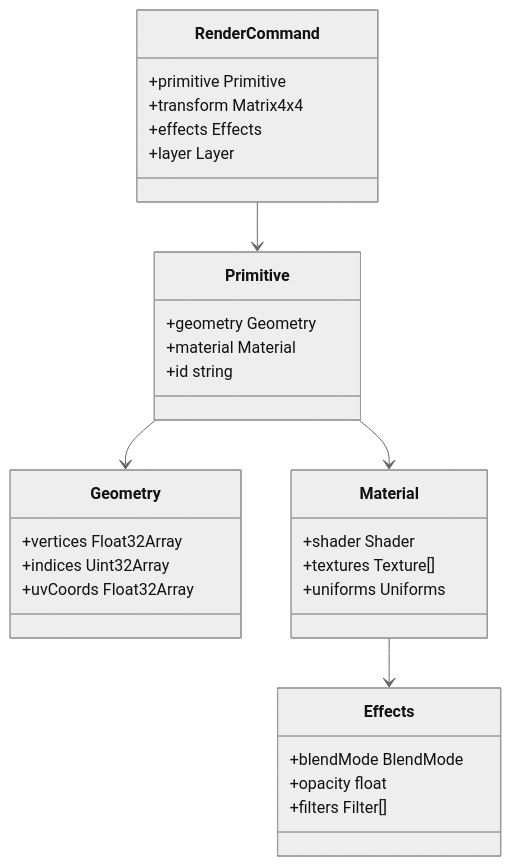
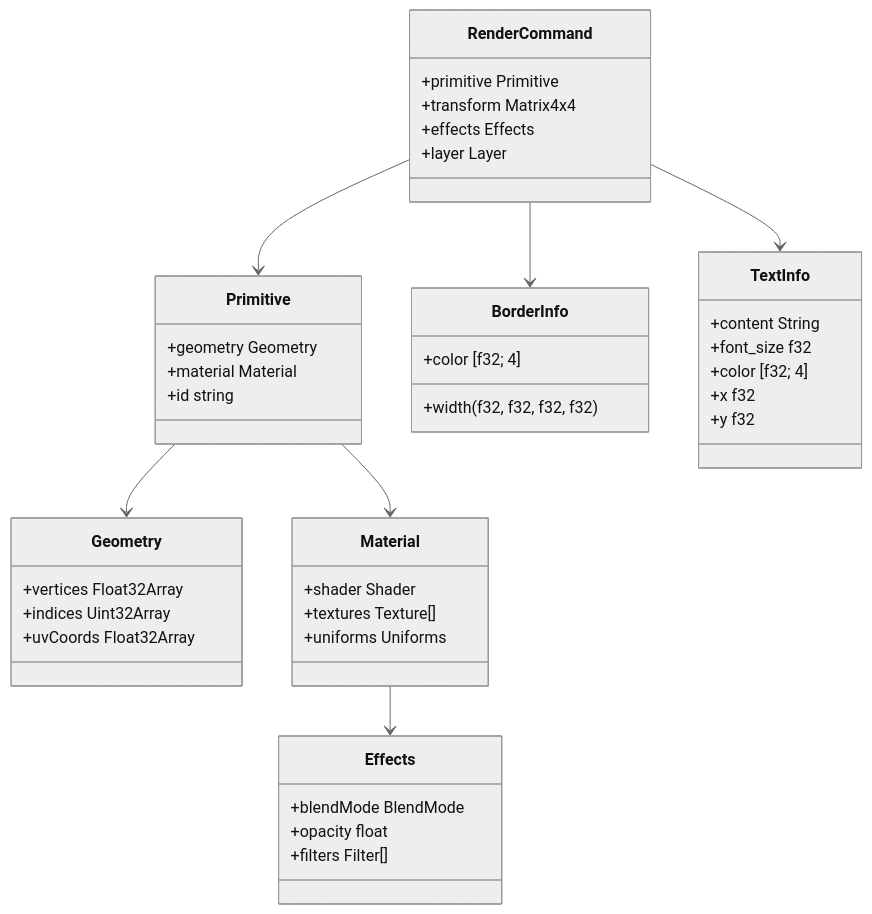
Before and after one commit to itszzl-sudo/iris: the fifth of 32 diagrams in .qoder/repowiki/zh/content/技术架构详解/WebGPU渲染引擎/WebGPU渲染引擎.md, drawn with Mermaid (neutral theme). The commit also changed other lines of this file and 4 other files, not shown here.

````diff
--- a/.qoder/repowiki/zh/content/技术架构详解/WebGPU渲染引擎/WebGPU渲染引擎.md
+++ b/.qoder/repowiki/zh/content/技术架构详解/WebGPU渲染引擎/WebGPU渲染引擎.md
@@ -238,33 +261,46 @@
 ```mermaid
 classDiagram
 class RenderCommand {
 +primitive Primitive
 +transform Matrix4x4
 +effects Effects
 +layer Layer
 }
 class Primitive {
 +geometry Geometry
 +material Material
 +id string
 }
 class Geometry {
 +vertices Float32Array
 +indices Uint32Array
 +uvCoords Float32Array
 }
 class Material {
 +shader Shader
 +textures Texture[]
 +uniforms Uniforms
 }
 class Effects {
 +blendMode BlendMode
 +opacity float
 +filters Filter[]
 }
+class BorderInfo {
++width (f32, f32, f32, f32)
++color [f32; 4]
+}
+class TextInfo {
++content String
++font_size f32
++color [f32; 4]
++x f32
++y f32
+}
 RenderCommand --> Primitive
 Primitive --> Geometry
 Primitive --> Material
 Material --> Effects
+RenderCommand --> BorderInfo
+RenderCommand --> TextInfo
 ```
````
